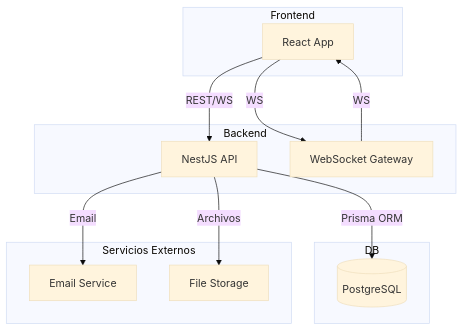
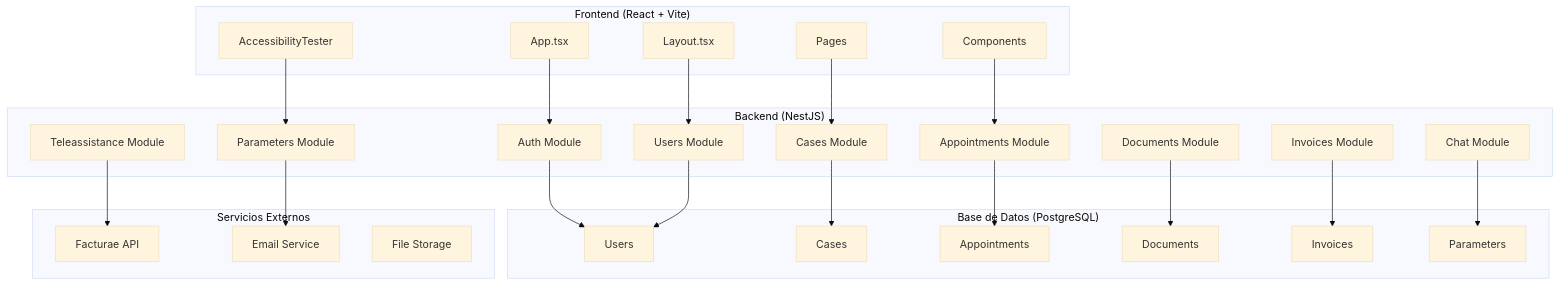
One commit to gracobjo/experimento2 changed the fourth of 6 diagrams in documentacion/proyecto/DOCUMENTACION_A_ENTREGAR.md. Above: the diagram before and after it, drawn with Mermaid (base theme). The commit also changed other lines of this file and 158 other files, not shown here.

````diff
--- a/documentacion/proyecto/DOCUMENTACION_A_ENTREGAR.md
+++ b/documentacion/proyecto/DOCUMENTACION_A_ENTREGAR.md
@@ -291,23 +395,52 @@
 ```mermaid
 graph TB
-    subgraph Frontend
-        A[React App]
+    subgraph "Frontend (React + Vite)"
+        A[App.tsx]
+        B[Layout.tsx]
+        C[Pages]
+        D[Components]
+        E[AccessibilityTester]
     end
-    subgraph Backend
-        B[NestJS API]
-        C[WebSocket Gateway]
+    
+    subgraph "Backend (NestJS)"
+        F[Auth Module]
+        G[Users Module]
+        H[Cases Module]
+        I[Appointments Module]
+        J[Documents Module]
+        K[Invoices Module]
+        L[Chat Module]
+        M[Teleassistance Module]
+        N[Parameters Module]
     end
-    subgraph DB
-        D[(PostgreSQL)]
+    
+    subgraph "Base de Datos (PostgreSQL)"
+        O[Users]
+        P[Cases]
+        Q[Appointments]
+        R[Documents]
+        S[Invoices]
+        T[Parameters]
     end
-    subgraph Servicios Externos
-        E[Email Service]
-        F[File Storage]
+    
+    subgraph "Servicios Externos"
+        U[Facturae API]
+        V[Email Service]
+        W[File Storage]
     end
-    A -- REST/WS --> B
-    A -- WS --> C
-    B -- Prisma ORM --> D
-    B -- Email --> E
-    B -- Archivos --> F
-    C -- WS --> A
+    
+    A --> F
+    B --> G
+    C --> H
+    D --> I
+    E --> N
+    F --> O
+    G --> O
+    H --> P
+    I --> Q
+    J --> R
+    K --> S
+    L --> T
+    M --> U
+    N --> V
 ```
````
